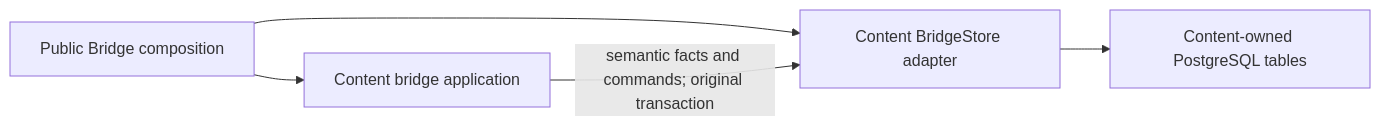
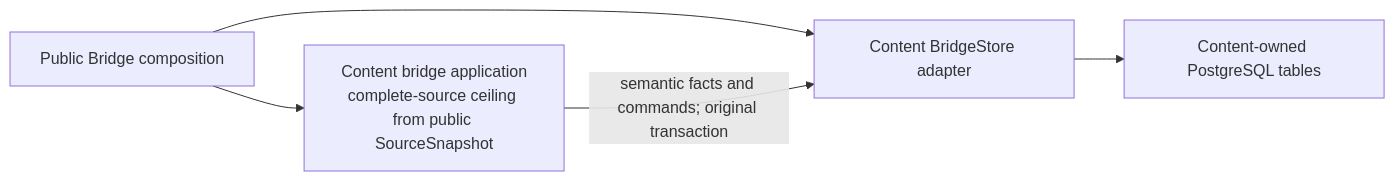
One commit to aaweaver-actuary/tempo changed the diagram in services/content/src/tempo_content/bridge/README.md. Above: the diagram before and after it, drawn with Mermaid. The commit also changed other lines of this file and 8 other files, not shown here.

````diff
--- a/services/content/src/tempo_content/bridge/README.md
+++ b/services/content/src/tempo_content/bridge/README.md
@@ -5,7 +5,7 @@
 ```mermaid
 flowchart LR
-  composition[Public Bridge composition] --> application[Content bridge application]
+  composition[Public Bridge composition] --> application[Content bridge application<br/>complete-source ceiling from public SourceSnapshot]
   composition --> storage[Content BridgeStore adapter]
   application -->|semantic facts and commands; original transaction| storage
   storage --> content[Content-owned PostgreSQL tables]
 ```
````
